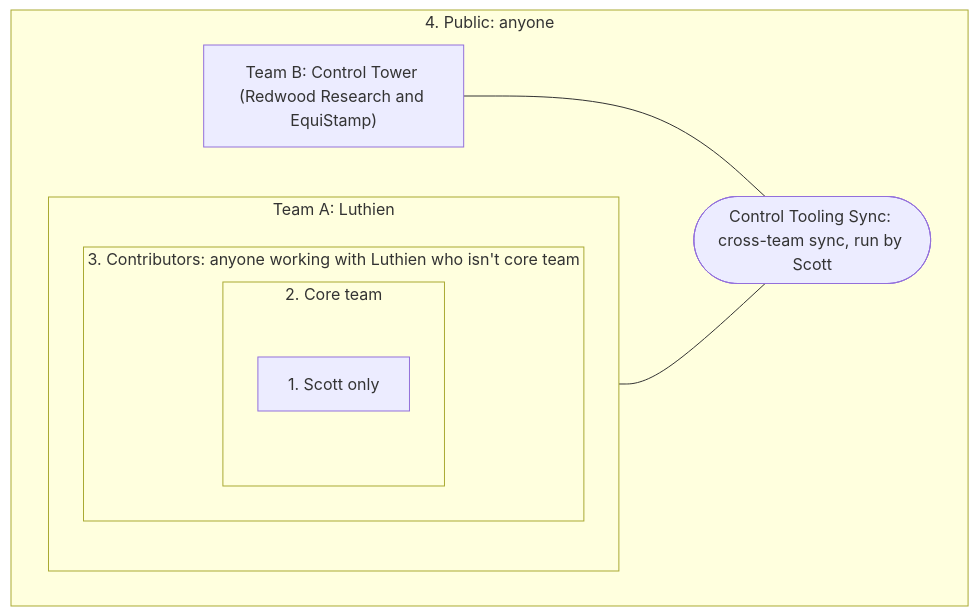
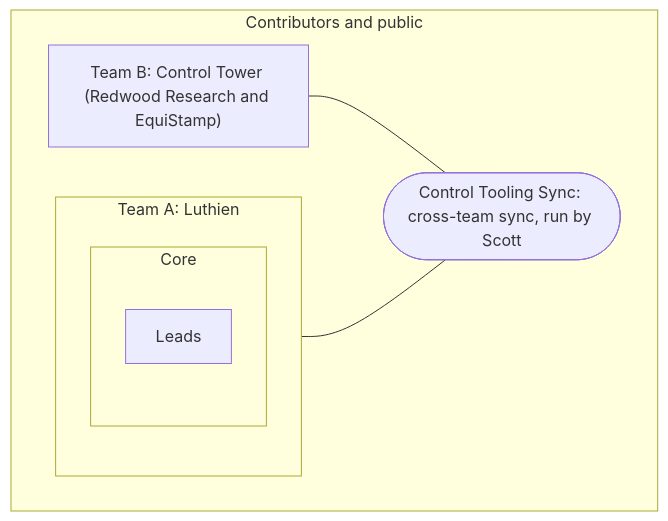
Before and after one commit to LuthienResearch/luthien-contributors: the diagram in README.md, drawn with Mermaid. The commit also changed other lines of this file, not shown here.

First line of the commit message:
README: three access levels (leads, core, contributors) mapped to Slack, GitHub and Drive

````diff
--- a/README.md
+++ b/README.md
@@ -17,16 +29,14 @@
 ```mermaid
 flowchart TB
-  subgraph PUB["4. Public: anyone"]
+  subgraph PUB["Contributors and public"]
     subgraph LT["Team A: Luthien"]
-      subgraph T3["3. Contributors: anyone working with Luthien who isn't core team"]
-        subgraph T2["2. Core team"]
-          T1["1. Scott only"]
-        end
+      subgraph CORE["Core"]
+        LEADS["Leads"]
       end
     end
     CT["Team B: Control Tower (Redwood Research and EquiStamp)"]
     SYNC(["Control Tooling Sync: cross-team sync, run by Scott"])
     LT --- SYNC
     CT --- SYNC
   end
 ```
````
